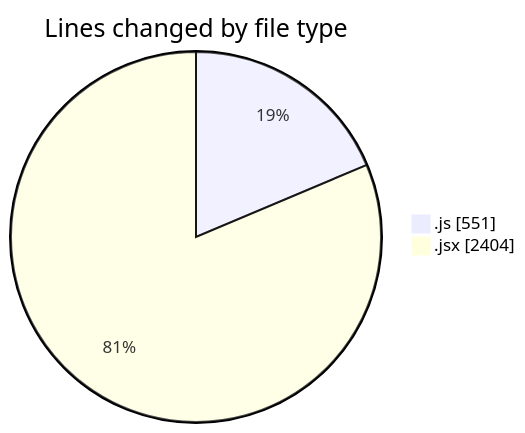
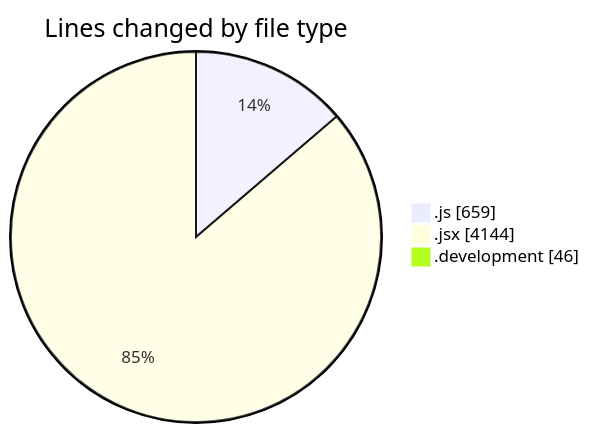
The first of 2 diagrams in 2026-01-05/nxtqube_webapp/README.md (nxtqubesakshisongat/code-tracking), drawn with Mermaid before and after one commit. The commit also changed other lines of this file and 1 other file, not shown here.

````diff
--- a/2026-01-05/nxtqube_webapp/README.md
+++ b/2026-01-05/nxtqube_webapp/README.md
@@ -21,6 +24,7 @@
 ```mermaid
 pie showData
 title Lines changed by file type
-".js" : 551
-".jsx" : 2404
+".js" : 659
+".jsx" : 4144
+".development" : 46
 ```
````
